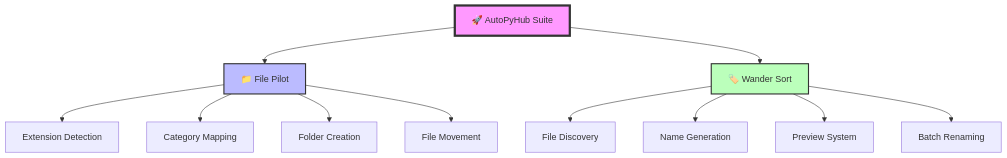
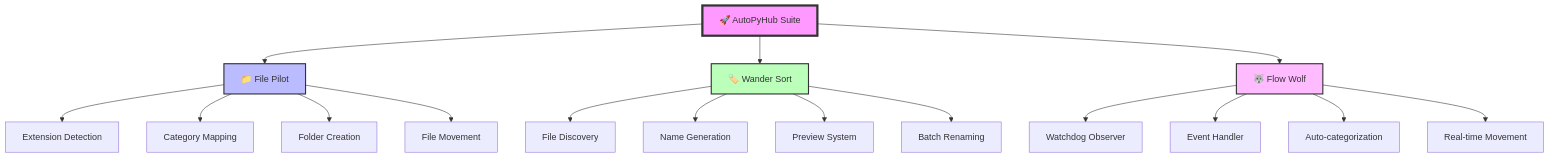
The first of 4 diagrams in README.md (mraj555/AutoPyHub), drawn with Mermaid before and after one commit. The commit also changed other lines of this file and 2 other files, not shown here.

First line of the commit message:
feat: add real-time file monitoring with Flow Wolf module

````diff
--- a/README.md
+++ b/README.md
@@ -59,19 +63,26 @@
 ```mermaid
 graph TD
     A[🚀 AutoPyHub Suite] --> B[📁 File Pilot]
     A --> C[🏷️ Wander Sort]
+    A --> D[🐺 Flow Wolf]
     
-    B --> D[Extension Detection]
-    B --> E[Category Mapping]
-    B --> F[Folder Creation]
-    B --> G[File Movement]
+    B --> E[Extension Detection]
+    B --> F[Category Mapping]
+    B --> G[Folder Creation]
+    B --> H[File Movement]
     
-    C --> H[File Discovery]
-    C --> I[Name Generation]
-    C --> J[Preview System]
-    C --> K[Batch Renaming]
+    C --> I[File Discovery]
+    C --> J[Name Generation]
+    C --> K[Preview System]
+    C --> L[Batch Renaming]
+    
+    D --> M[Watchdog Observer]
+    D --> N[Event Handler]
+    D --> O[Auto-categorization]
+    D --> P[Real-time Movement]
     
     style A fill:#f9f,stroke:#333,stroke-width:4px
     style B fill:#bbf,stroke:#333,stroke-width:2px
     style C fill:#bfb,stroke:#333,stroke-width:2px
+    style D fill:#fbf,stroke:#333,stroke-width:2px
 ```
````
